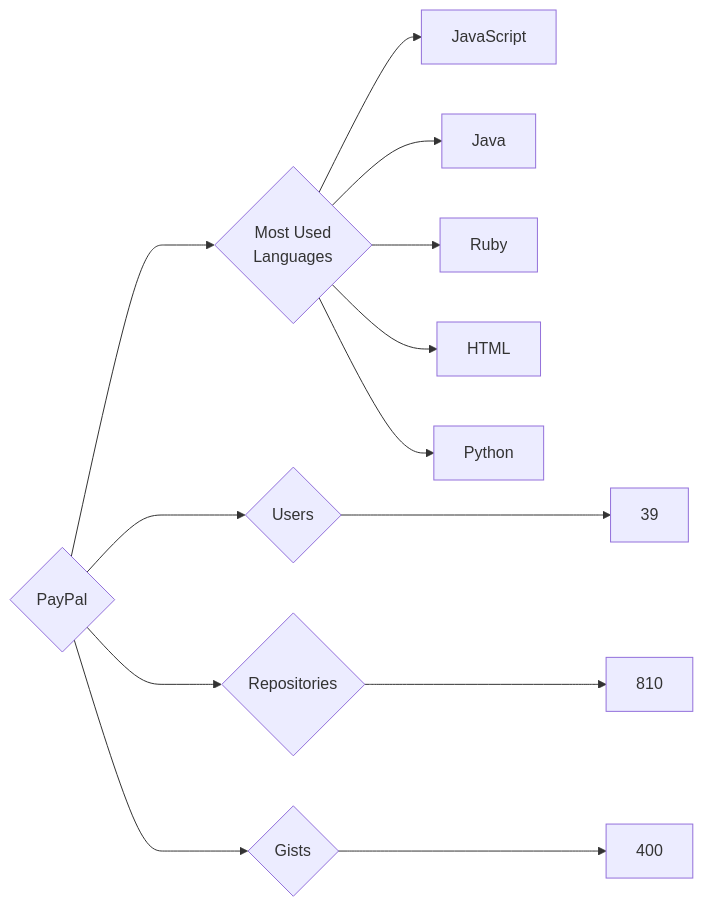
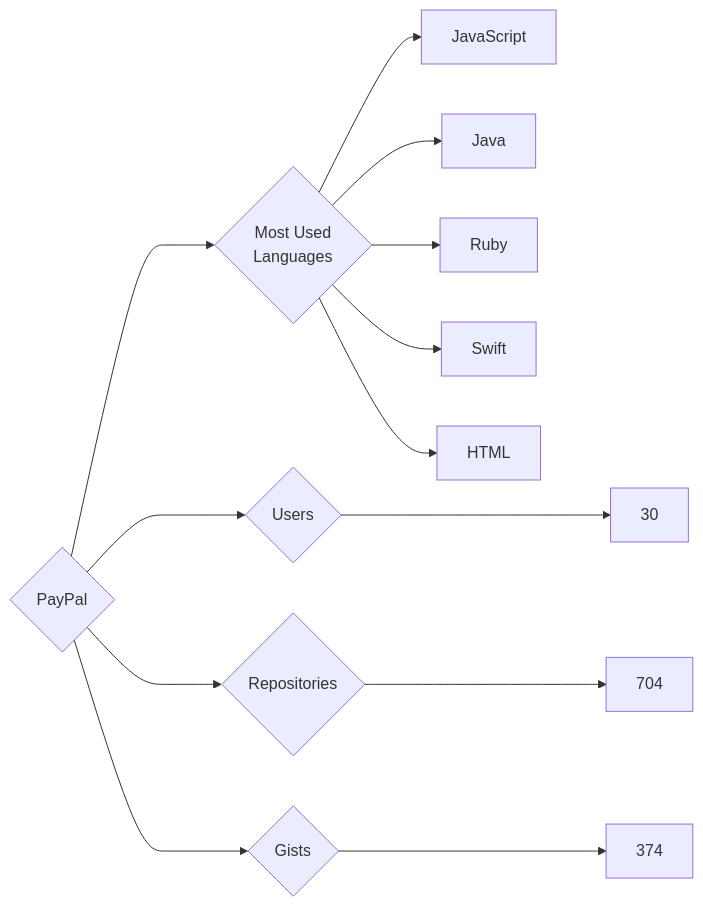
One commit to trickest/insiders changed the diagram in targets/PayPal/README.md. Above: the diagram before and after it, drawn with Mermaid. The commit also changed 965 other files, not shown here.

````diff
--- a/targets/PayPal/README.md
+++ b/targets/PayPal/README.md
@@ -3,13 +3,13 @@
 ```mermaid
 graph LR
 COMPANY_NAME{PayPal}
-COMPANY_NAME ---> U{Users} ---> UN[39]
-COMPANY_NAME ---> R{Repositories} ---> RN[810]
-COMPANY_NAME ---> G{Gists} ---> GN[400]
+COMPANY_NAME ---> U{Users} ---> UN[30]
+COMPANY_NAME ---> R{Repositories} ---> RN[704]
+COMPANY_NAME ---> G{Gists} ---> GN[374]
 COMPANY_NAME ---> ML{Most Used<br>Languages}
 ML --> JavaScript[JavaScript]
 ML --> Java[Java]
 ML --> Ruby[Ruby]
+ML --> Swift[Swift]
 ML --> HTML[HTML]
-ML --> Python[Python]
 ```
````
